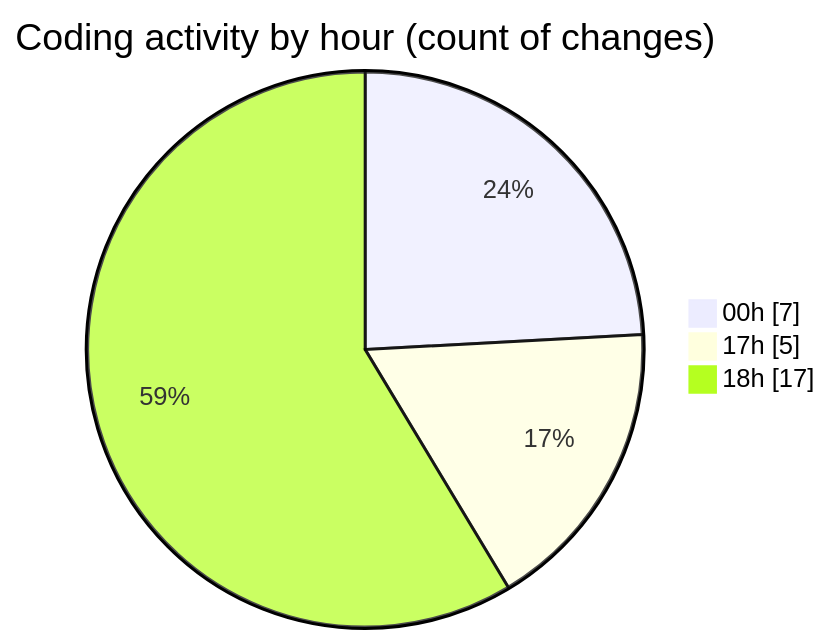
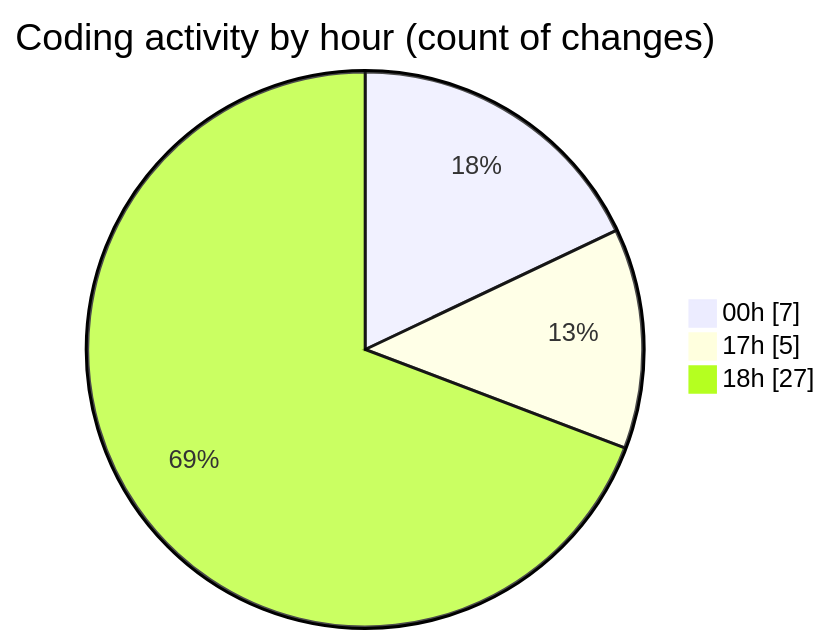
One commit to Elitesun/code-tracking changed the second of 2 diagrams in 2025-05-25/elitesun/README.md. Above: the diagram before and after it, drawn with Mermaid. The commit also changed other lines of this file and 1 other file, not shown here.

````diff
--- a/2025-05-25/elitesun/README.md
+++ b/2025-05-25/elitesun/README.md
@@ -36,7 +37,7 @@
 ```mermaid
 pie showData
 title Coding activity by hour (count of changes)
 "00h" : 7
 "17h" : 5
-"18h" : 17
+"18h" : 27
 ```
````
